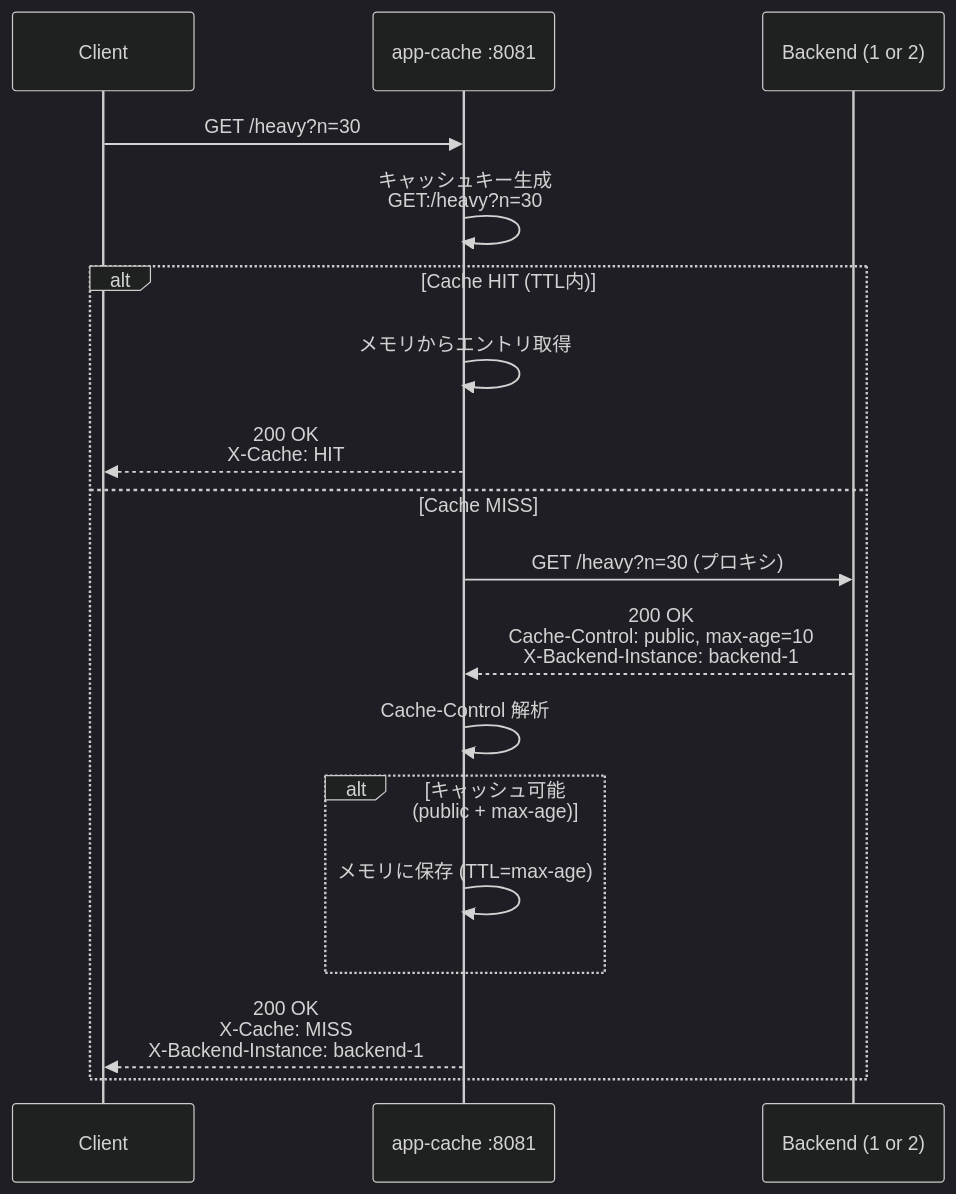
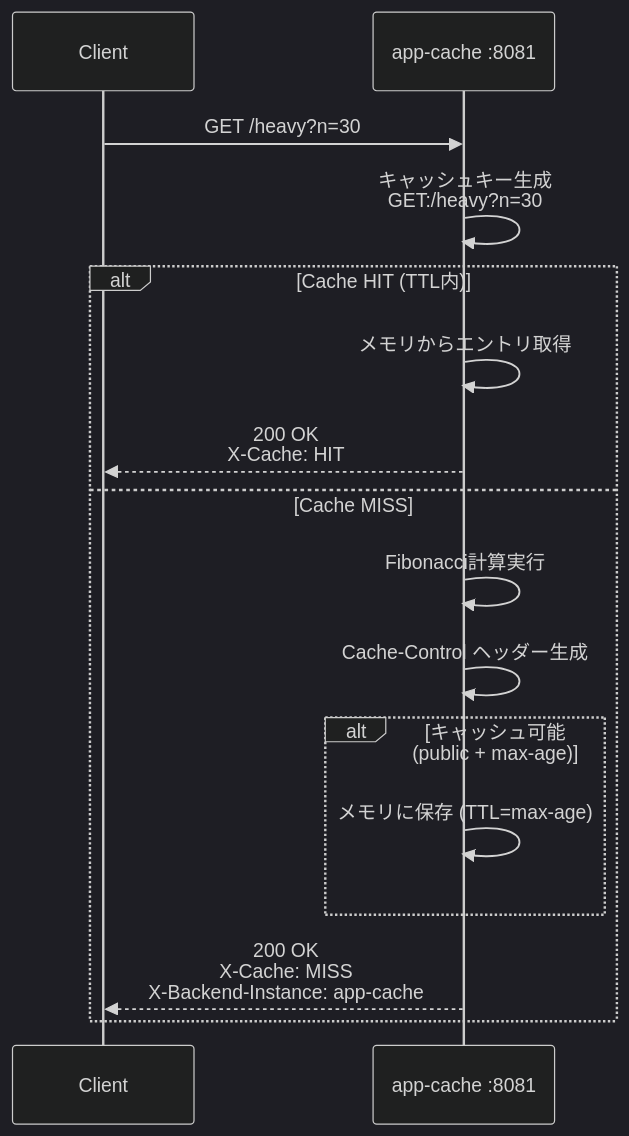
One commit to tanaka-yui/learning changed the first of 2 diagrams in 02_cache/docs/app-cache.md. Above: the diagram before and after it, drawn with Mermaid (dark theme). The commit also changed other lines of this file and 11 other files, not shown here.

````diff
--- a/02_cache/docs/app-cache.md
+++ b/02_cache/docs/app-cache.md
@@ -11,23 +12,21 @@
 ```mermaid
 sequenceDiagram
     participant C as Client
     participant A as app-cache :8081
-    participant B as Backend (1 or 2)
 
     C->>A: GET /heavy?n=30
 
     A->>A: キャッシュキー生成<br/>GET:/heavy?n=30
 
     alt Cache HIT (TTL内)
         A->>A: メモリからエントリ取得
         A-->>C: 200 OK<br/>X-Cache: HIT
     else Cache MISS
-        A->>B: GET /heavy?n=30 (プロキシ)
-        B-->>A: 200 OK<br/>Cache-Control: public, max-age=10<br/>X-Backend-Instance: backend-1
-        A->>A: Cache-Control 解析
+        A->>A: Fibonacci計算実行
+        A->>A: Cache-Control ヘッダー生成
         alt キャッシュ可能 (public + max-age)
             A->>A: メモリに保存 (TTL=max-age)
         end
-        A-->>C: 200 OK<br/>X-Cache: MISS<br/>X-Backend-Instance: backend-1
+        A-->>C: 200 OK<br/>X-Cache: MISS<br/>X-Backend-Instance: app-cache
     end
 ```
````
